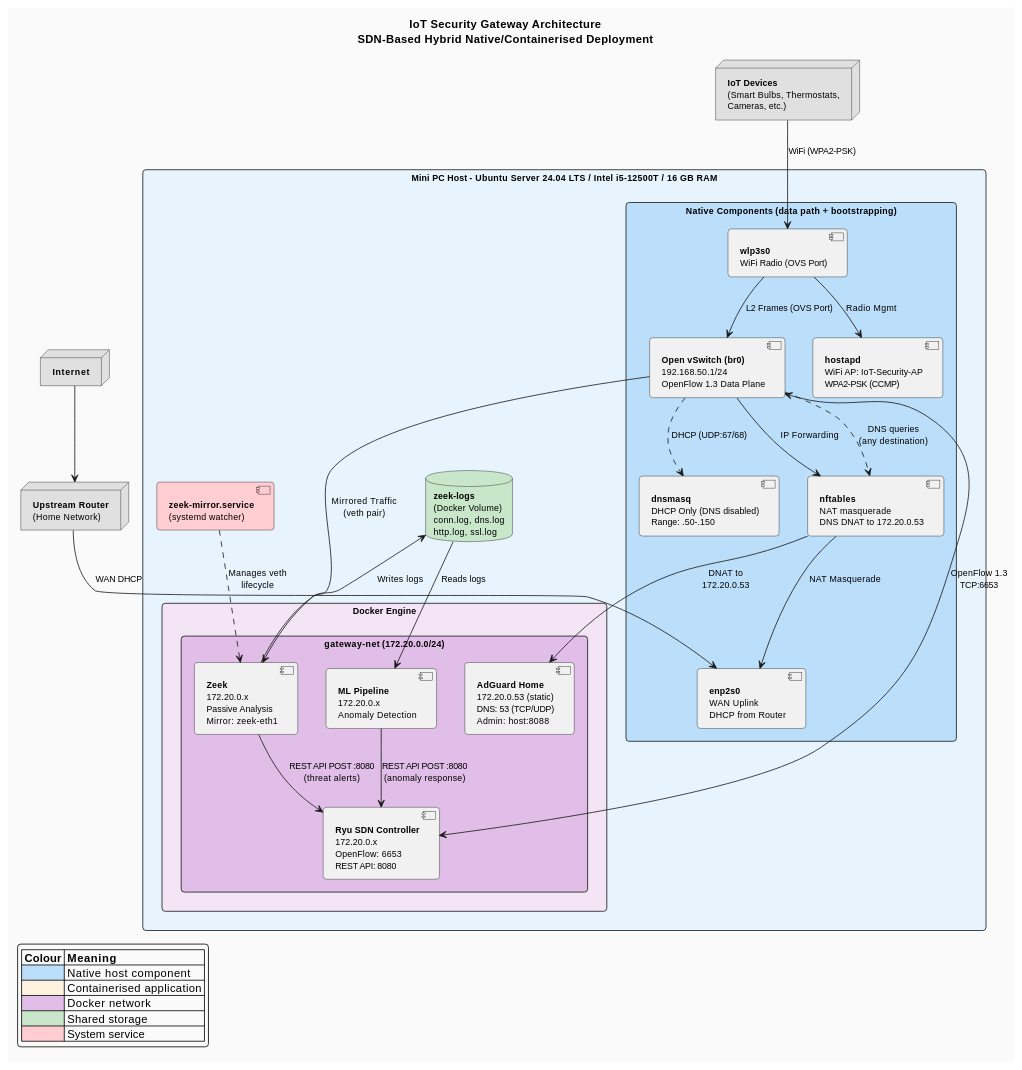
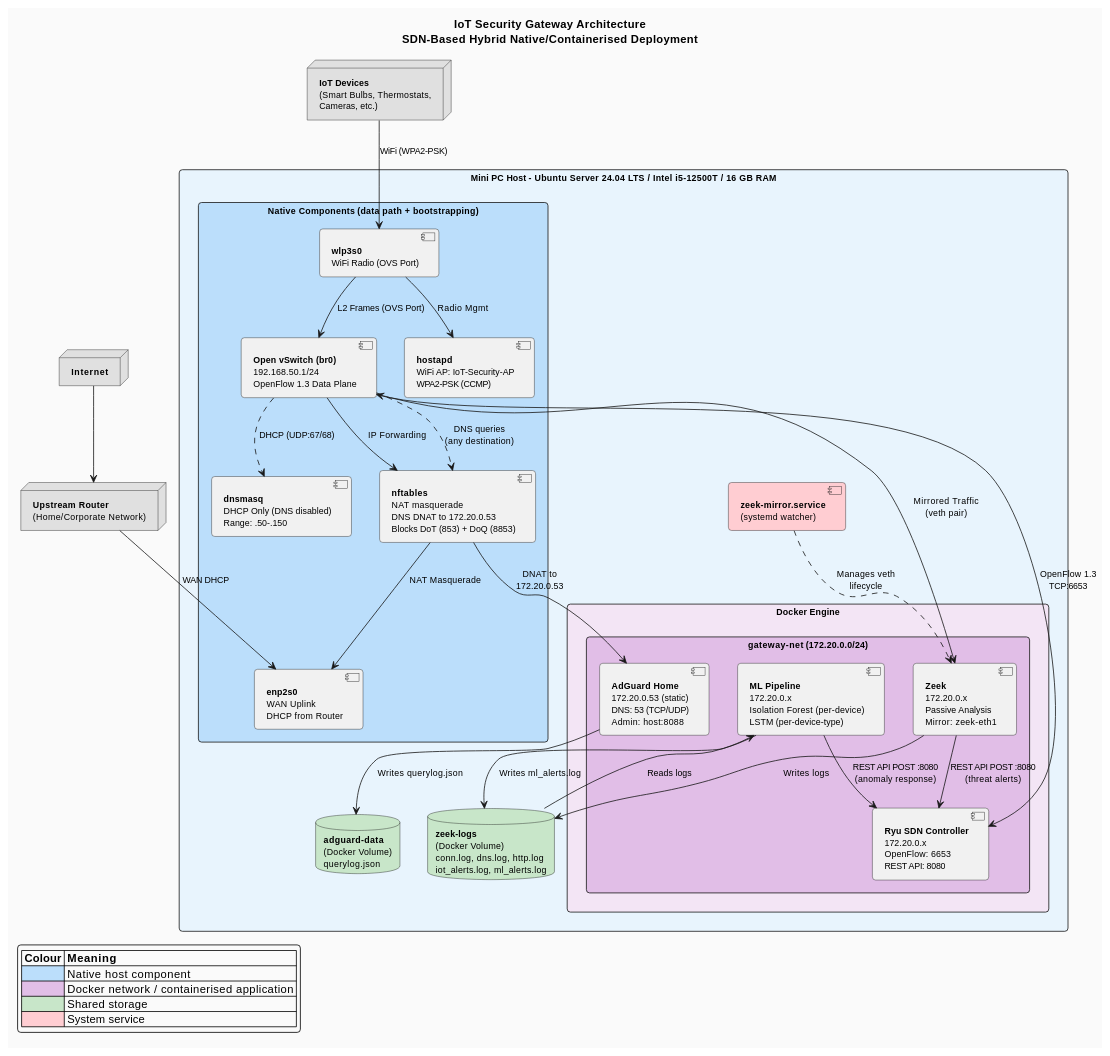
Before and after one commit to TeraUK/iot-gateway: the diagram in docs/index.md, drawn with PlantUML. The commit also changed 81 other files, not shown here.

````diff
--- a/docs/index.md
+++ b/docs/index.md
@@ -33,7 +33,7 @@
 ' == External Entities ==
 
 node "**Internet**" as internet #E0E0E0
-node "**Upstream Router**\n(Home Network)" as router #E0E0E0
+node "**Upstream Router**\n(Home/Corporate Network)" as router #E0E0E0
 node "**IoT Devices**\n(Smart Bulbs, Thermostats,\nCameras, etc.)" as iot_devices #E0E0E0
 
 ' == Host System ==
@@ -48,7 +48,7 @@
         component "**wlp3s0**\nWiFi Radio (OVS Port)" as wlan0
         component "**hostapd**\nWiFi AP: IoT-Security-AP\nWPA2-PSK (CCMP)" as hostapd
         component "**dnsmasq**\nDHCP Only (DNS disabled)\nRange: .50-.150" as dnsmasq
-        component "**nftables**\nNAT masquerade\nDNS DNAT to 172.20.0.53" as nftables
+        component "**nftables**\nNAT masquerade\nDNS DNAT to 172.20.0.53\nBlocks DoT (853) + DoQ (8853)" as nftables
     }
 
     ' == Docker Layer ==
@@ -59,13 +59,14 @@
             component "**Ryu SDN Controller**\n172.20.0.x\nOpenFlow: 6653\nREST API: 8080" as ryu
             component "**AdGuard Home**\n172.20.0.53 (static)\nDNS: 53 (TCP/UDP)\nAdmin: host:8088" as adguard
             component "**Zeek**\n172.20.0.x\nPassive Analysis\nMirror: zeek-eth1" as zeek
-            component "**ML Pipeline**\n172.20.0.x\nAnomaly Detection" as ml_pipeline
+            component "**ML Pipeline**\n172.20.0.x\nIsolation Forest (per-device)\nLSTM (per-device-type)" as ml_pipeline
         }
     }
 
     ' == Shared Resources ==
 
-    database "**zeek-logs**\n(Docker Volume)\nconn.log, dns.log\nhttp.log, ssl.log" as zeek_vol #C8E6C9
+    database "**zeek-logs**\n(Docker Volume)\nconn.log, dns.log, http.log\niot_alerts.log, ml_alerts.log" as zeek_vol #C8E6C9
+    database "**adguard-data**\n(Docker Volume)\nquerylog.json" as adguard_vol #C8E6C9
     component "**zeek-mirror.service**\n(systemd watcher)" as mirror_svc #FFCDD2
 }
 
@@ -104,6 +105,11 @@
 
 zeek --> zeek_vol : Writes logs
 zeek_vol --> ml_pipeline : Reads logs
+ml_pipeline --> zeek_vol : Writes ml_alerts.log
+
+' == AdGuard Logging ==
+
+adguard --> adguard_vol : Writes querylog.json
 
 ' == Analysis to Control Plane ==
 
@@ -115,11 +121,11 @@
 legend bottom left
     |= Colour |= Meaning |
     | <#BBDEFB> | Native host component |
-    | <#FFF3E0> | Containerised application |
-    | <#E1BEE7> | Docker network |
+    | <#E1BEE7> | Docker network / containerised application |
     | <#C8E6C9> | Shared storage |
     | <#FFCDD2> | System service |
 endlegend
 
-@enduml                                                                             
+@enduml
+                                                                        
 ```
````
